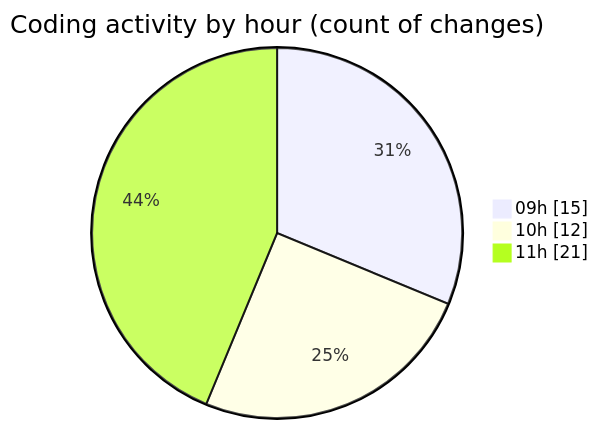
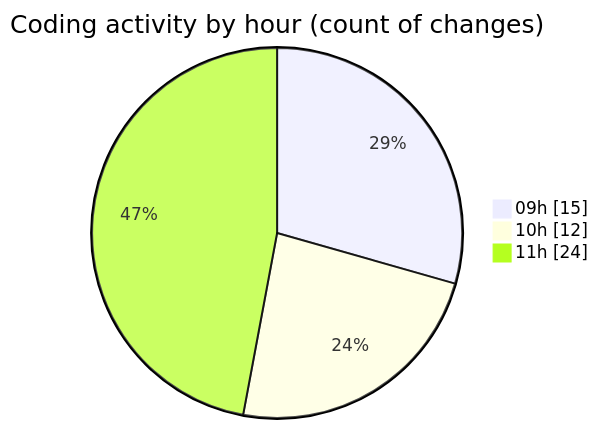
The second of 2 diagrams in 2025-09-16/datanv/README.md (lephambinh05/code-tracking), drawn with Mermaid before and after one commit. The commit also changed other lines of this file and 1 other file, not shown here.

````diff
--- a/2025-09-16/datanv/README.md
+++ b/2025-09-16/datanv/README.md
@@ -46,7 +49,7 @@
 ```mermaid
 pie showData
 title Coding activity by hour (count of changes)
 "09h" : 15
 "10h" : 12
-"11h" : 21
+"11h" : 24
 ```
````
